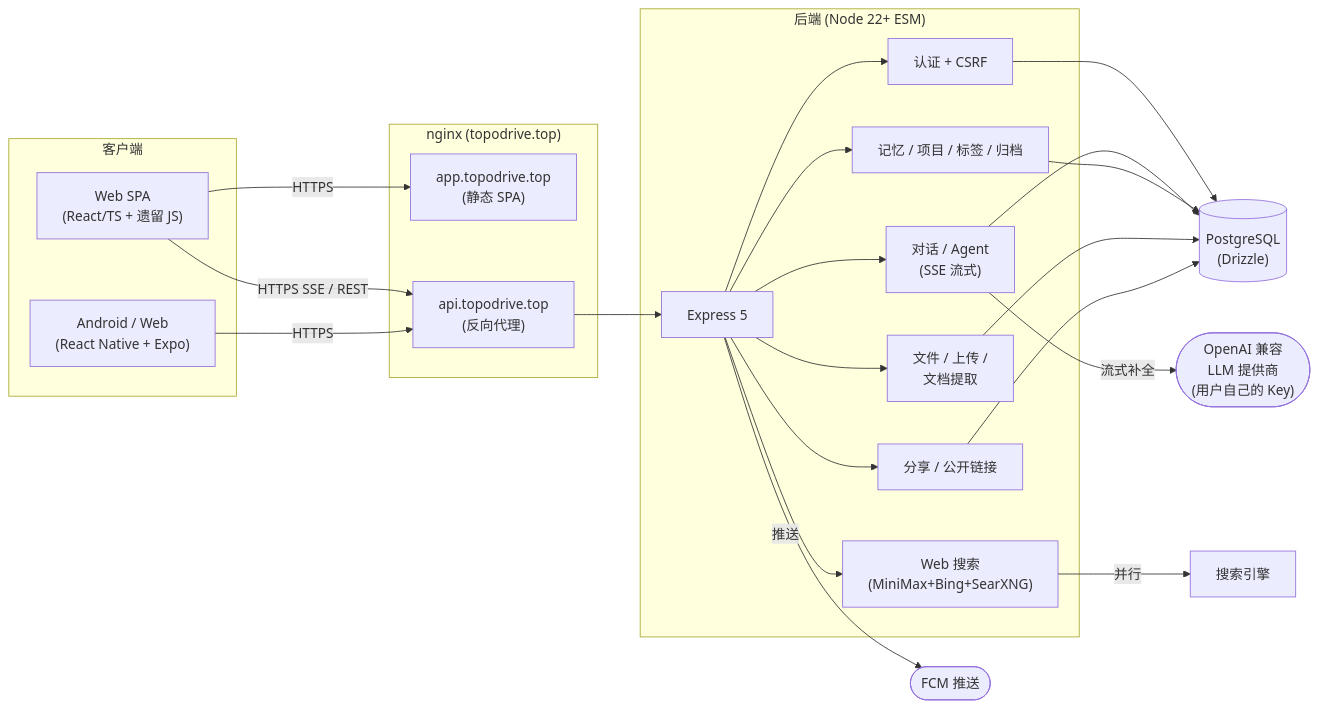
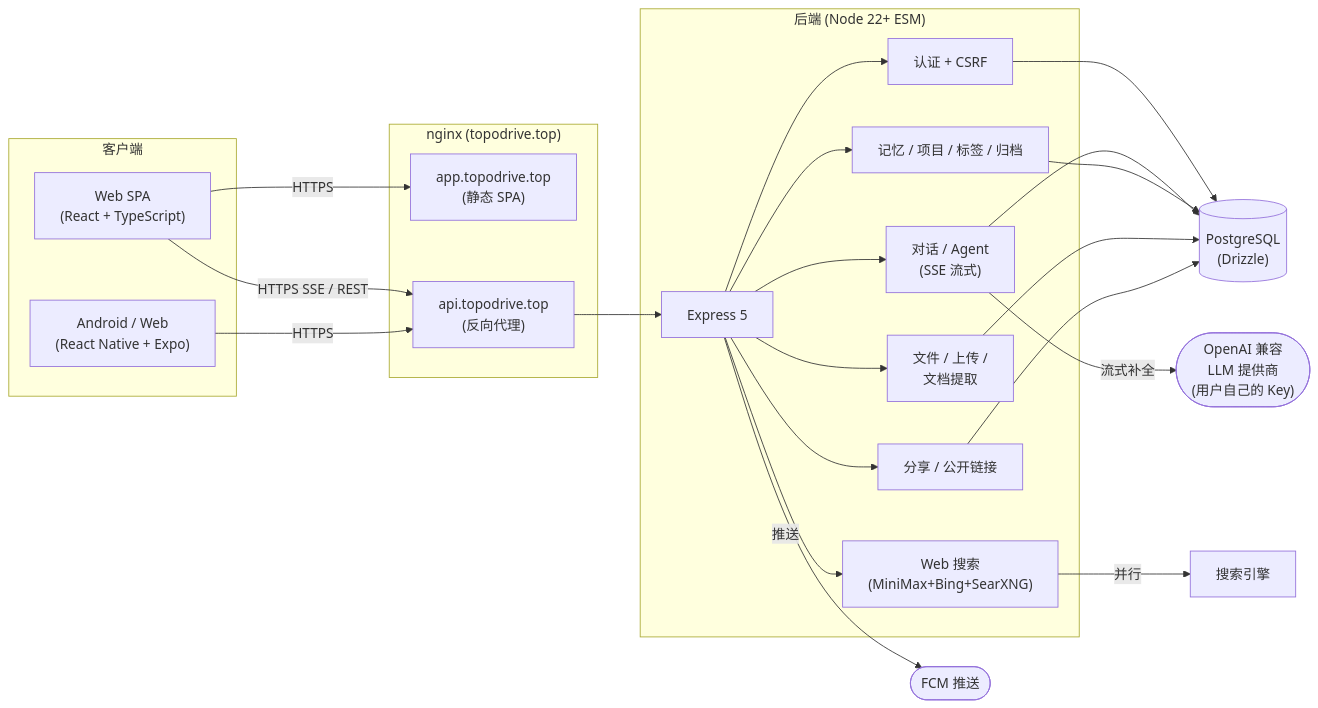
The first of 2 diagrams in README.zh.md (kevenhu001-cyber/Socrates), drawn with Mermaid before and after one commit. The commit also changed other lines of this file and 487 other files, not shown here.

Commit message:
refactor(frontend): finish JavaScript to TypeScript migration

````diff
--- a/README.zh.md
+++ b/README.zh.md
@@ -149,45 +149,45 @@
 ```mermaid
 flowchart LR
   subgraph Client["客户端"]
-    SPA["Web SPA<br/>(React/TS + 遗留 JS)"]
+    SPA["Web SPA<br/>(React + TypeScript)"]
     APK["Android / Web<br/>(React Native + Expo)"]
   end
 
   subgraph Edge["nginx (topodrive.top)"]
     APP["app.topodrive.top<br/>(静态 SPA)"]
     API["api.topodrive.top<br/>(反向代理)"]
   end
 
   subgraph Server["后端 (Node 22+ ESM)"]
     EX["Express 5"]
     AUTH["认证 + CSRF"]
     CHAT["对话 / Agent<br/>(SSE 流式)"]
     MEM["记忆 / 项目 / 标签 / 归档"]
     FILES["文件 / 上传 /<br/>文档提取"]
     WEB["Web 搜索<br/>(MiniMax+Bing+SearXNG)"]
     SHARE["分享 / 公开链接"]
   end
 
   DB[("PostgreSQL<br/>(Drizzle)")]
   LLM(["OpenAI 兼容<br/>LLM 提供商<br/>(用户自己的 Key)"])
   FCM(["FCM 推送"])
 
   SPA -->|HTTPS| APP
   SPA -->|HTTPS SSE / REST| API
   APK -->|HTTPS| API
   API --> EX
   EX --> AUTH
   EX --> CHAT
   EX --> MEM
   EX --> FILES
   EX --> WEB
   EX --> SHARE
   AUTH --> DB
   CHAT --> DB
   CHAT -->|流式补全| LLM
   MEM --> DB
   FILES --> DB
   WEB -->|并行| SE["搜索引擎"]
   SHARE --> DB
   EX -->|推送| FCM
 ```
````
